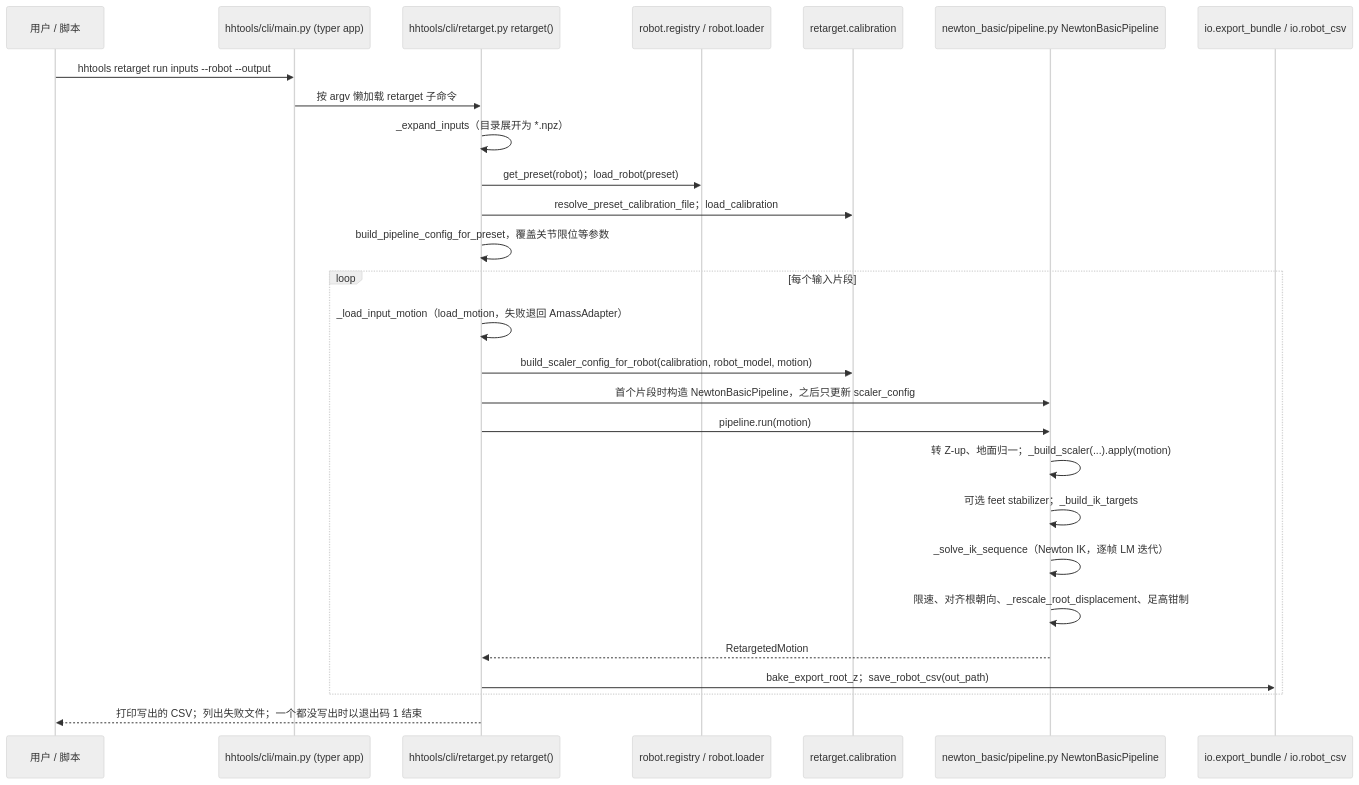
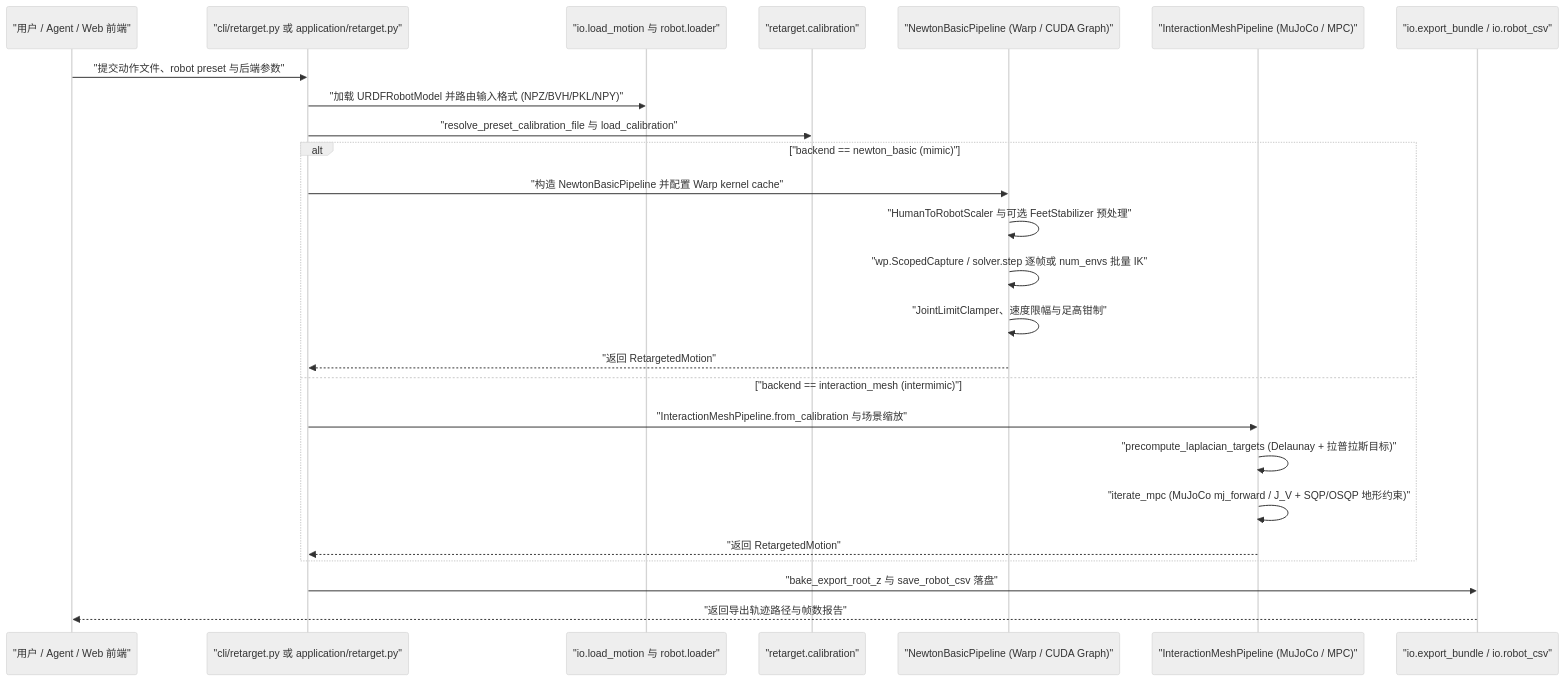
One commit to ImChong/Robotics_Notebooks changed the second of 2 diagrams in wiki/entities/human-humanoid-tools.md. Above: the diagram before and after it, drawn with Mermaid (neutral theme). The commit also changed other lines of this file and 151 other files, not shown here.

````diff
--- a/wiki/entities/human-humanoid-tools.md
+++ b/wiki/entities/human-humanoid-tools.md
@@ -113,30 +90,28 @@
 ```mermaid
 sequenceDiagram
-    participant U as 用户 / 脚本
-    participant M as hhtools/cli/main.py (typer app)
-    participant C as hhtools/cli/retarget.py retarget()
-    participant R as robot.registry / robot.loader
-    participant CAL as retarget.calibration
-    participant P as newton_basic/pipeline.py NewtonBasicPipeline
-    participant X as io.export_bundle / io.robot_csv
+    participant U as "用户 / Agent / Web 前端"
+    participant E as "cli/retarget.py 或 application/retarget.py"
+    participant L as "io.load_motion 与 robot.loader"
+    participant C as "retarget.calibration"
+    participant NB as "NewtonBasicPipeline (Warp / CUDA Graph)"
+    participant IM as "InteractionMeshPipeline (MuJoCo / MPC)"
+    participant X as "io.export_bundle / io.robot_csv"
 
-    U->>M: hhtools retarget run inputs --robot --output
-    M->>C: 按 argv 懒加载 retarget 子命令
-    C->>C: _expand_inputs（目录展开为 *.npz）
-    C->>R: get_preset(robot)；load_robot(preset)
-    C->>CAL: resolve_preset_calibration_file；load_calibration
-    C->>C: build_pipeline_config_for_preset，覆盖关节限位等参数
-    loop 每个输入片段
-        C->>C: _load_input_motion（load_motion，失败退回 AmassAdapter）
-        C->>CAL: build_scaler_config_for_robot(calibration, robot_model, motion)
-        C->>P: 首个片段时构造 NewtonBasicPipeline，之后只更新 scaler_config
-        C->>P: pipeline.run(motion)
-        P->>P: 转 Z-up、地面归一；_build_scaler(...).apply(motion)
-        P->>P: 可选 feet stabilizer；_build_ik_targets
-        P->>P: _solve_ik_sequence（Newton IK，逐帧 LM 迭代）
-        P->>P: 限速、对齐根朝向、_rescale_root_displacement、足高钳制
-        P-->>C: RetargetedMotion
-        C->>X: bake_export_root_z；save_robot_csv(out_path)
+    U->>E: "提交动作文件、robot preset 与后端参数"
+    E->>L: "加载 URDFRobotModel 并路由输入格式 (NPZ/BVH/PKL/NPY)"
+    E->>C: "resolve_preset_calibration_file 与 load_calibration"
+    alt "backend == newton_basic (mimic)"
+        E->>NB: "构造 NewtonBasicPipeline 并配置 Warp kernel cache"
+        NB->>NB: "HumanToRobotScaler 与可选 FeetStabilizer 预处理"
+        NB->>NB: "wp.ScopedCapture / solver.step 逐帧或 num_envs 批量 IK"
+        NB->>NB: "JointLimitClamper、速度限幅与足高钳制"
+        NB-->>E: "返回 RetargetedMotion"
+    else "backend == interaction_mesh (intermimic)"
+        E->>IM: "InteractionMeshPipeline.from_calibration 与场景缩放"
+        IM->>IM: "precompute_laplacian_targets (Delaunay + 拉普拉斯目标)"
+        IM->>IM: "iterate_mpc (MuJoCo mj_forward / J_V + SQP/OSQP 地形约束)"
+        IM-->>E: "返回 RetargetedMotion"
     end
-    C-->>U: 打印写出的 CSV；列出失败文件；一个都没写出时以退出码 1 结束
+    E->>X: "bake_export_root_z 与 save_robot_csv 落盘"
+    X-->>U: "返回导出轨迹路径与帧数报告"
 ```
````
